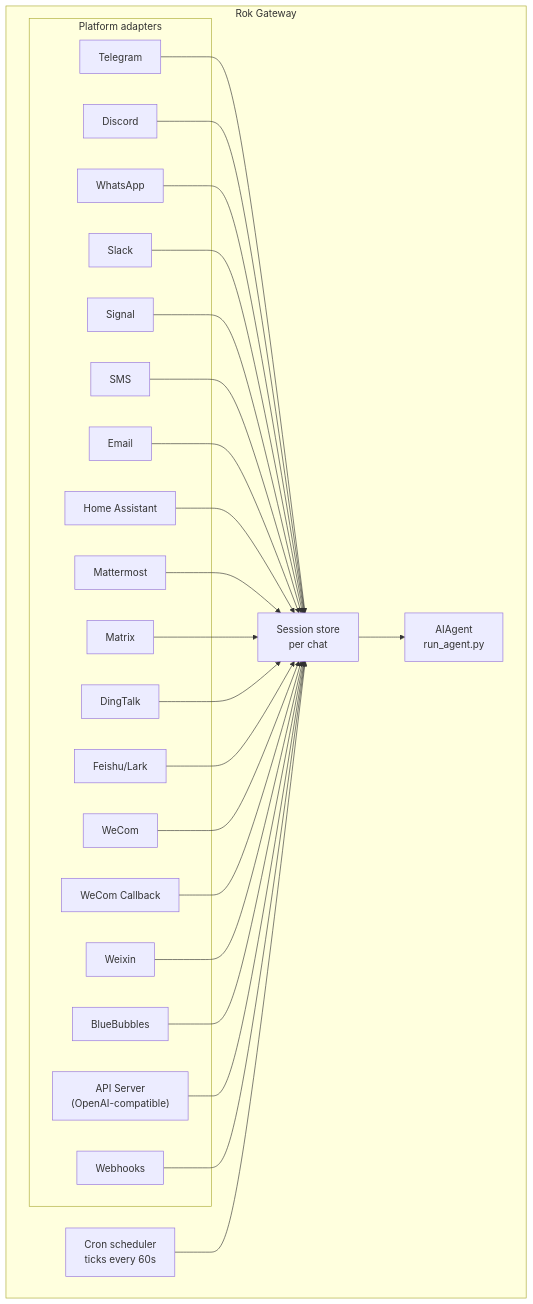
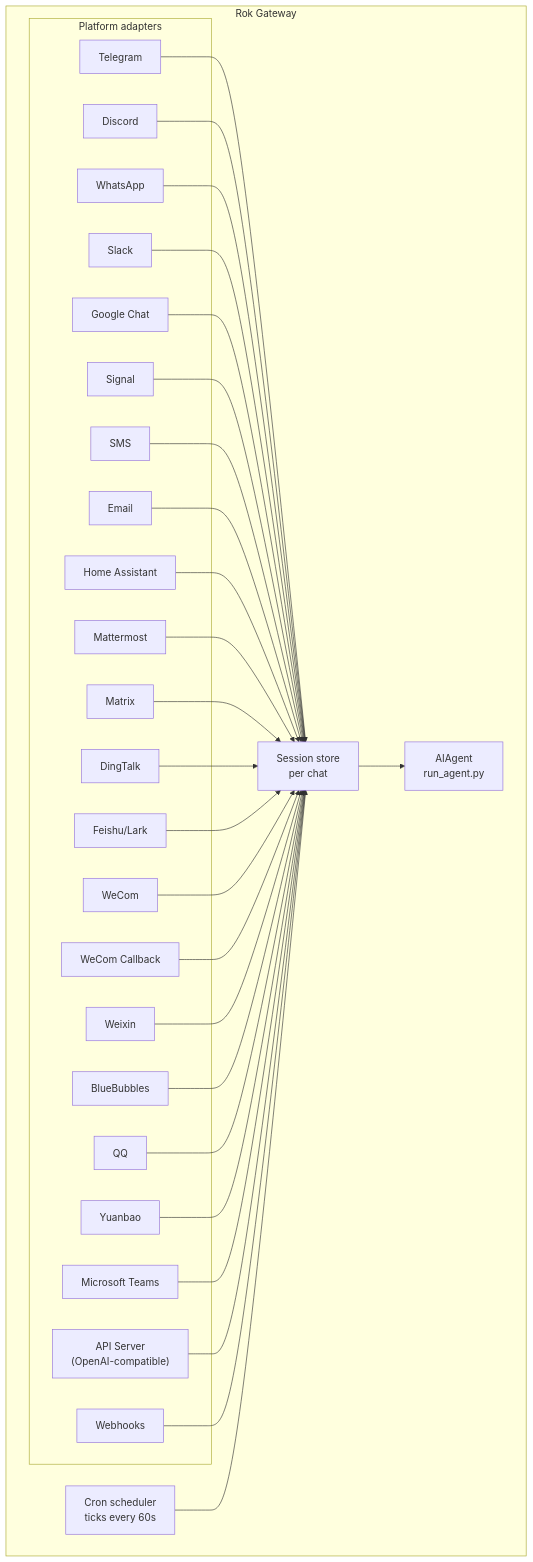
Before and after one commit to RokctAI/ROK: the diagram in website/docs/user-guide/messaging/index.md, drawn with Mermaid. The commit also changed other lines of this file and 2890 other files, not shown here.

````diff
--- a/website/docs/user-guide/messaging/index.md
+++ b/website/docs/user-guide/messaging/index.md
@@ -38,50 +43,58 @@
 ```mermaid
 flowchart TB
     subgraph Gateway["Rok Gateway"]
         subgraph Adapters["Platform adapters"]
             tg[Telegram]
             dc[Discord]
             wa[WhatsApp]
             sl[Slack]
+            gc[Google Chat]
             sig[Signal]
             sms[SMS]
             em[Email]
             ha[Home Assistant]
             mm[Mattermost]
             mx[Matrix]
             dt[DingTalk]
     fs[Feishu/Lark]
     wc[WeCom]
     wcb[WeCom Callback]
     wx[Weixin]
     bb[BlueBubbles]
-            api["API Server<br/>(OpenAI-compatible)"]
-            wh[Webhooks]
+    qq[QQ]
+    yb[Yuanbao]
+    ms[Microsoft Teams]
+    api["API Server<br/>(OpenAI-compatible)"]
+    wh[Webhooks]
         end
 
         store["Session store<br/>per chat"]
         agent["AIAgent<br/>run_agent.py"]
         cron["Cron scheduler<br/>ticks every 60s"]
     end
 
     tg --> store
     dc --> store
     wa --> store
     sl --> store
+    gc --> store
     sig --> store
     sms --> store
     em --> store
     ha --> store
     mm --> store
     mx --> store
     dt --> store
     fs --> store
     wc --> store
     wcb --> store
     wx --> store
     bb --> store
+    qq --> store
+    yb --> store
+    ms --> store
     api --> store
     wh --> store
     store --> agent
     cron --> store
 ```
````
